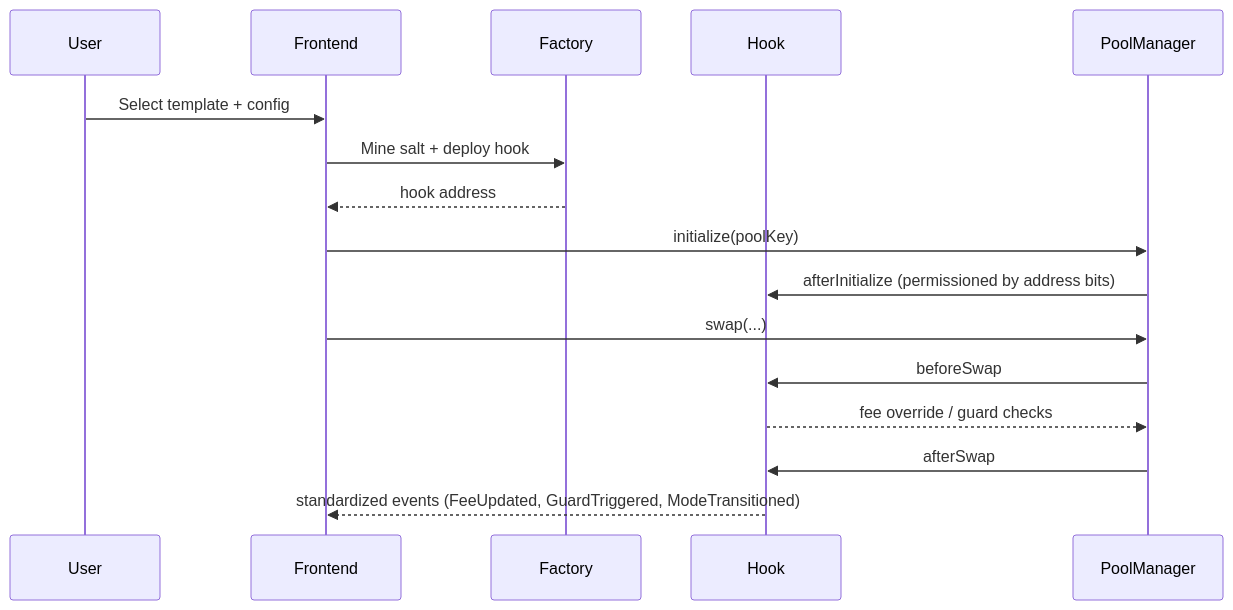
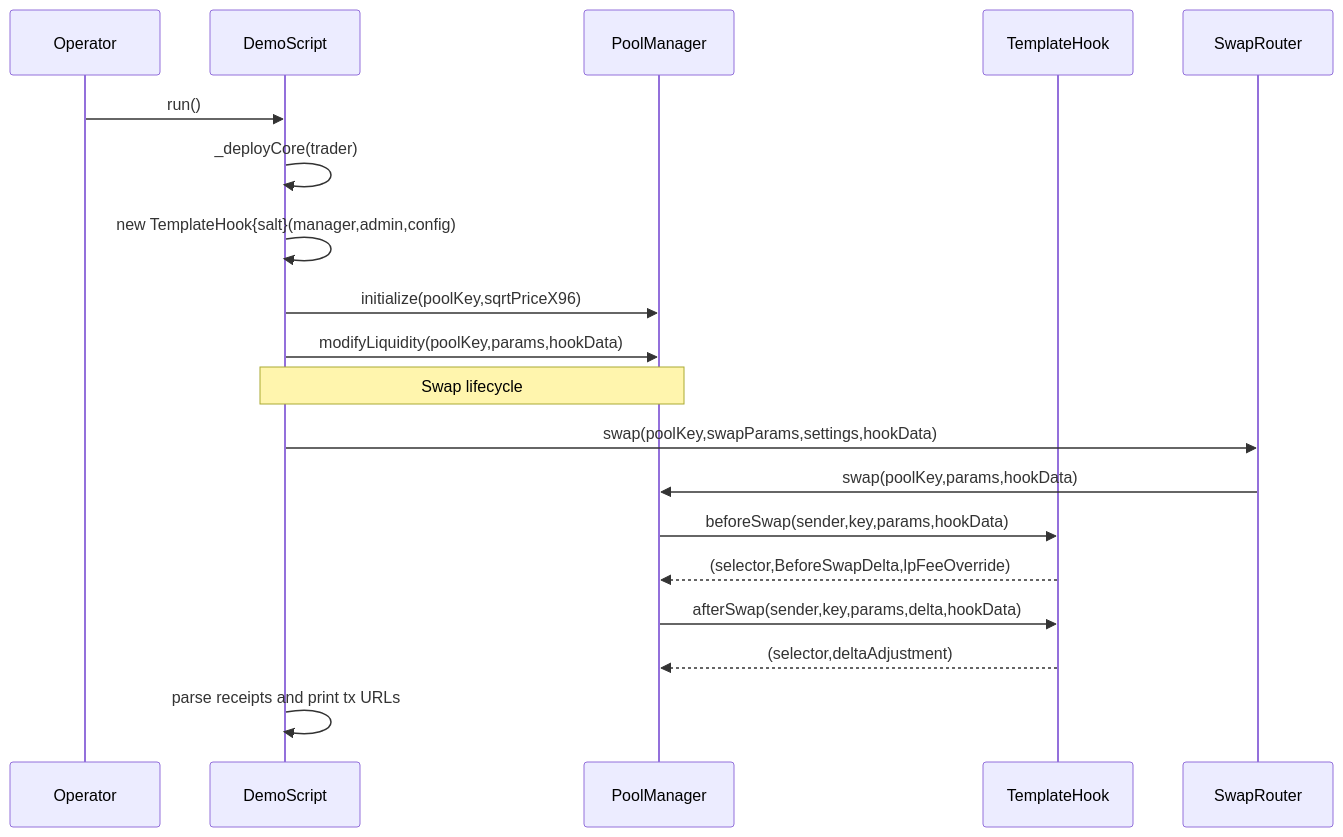
One commit to Najnomics/Hook-Template changed the third of 3 diagrams in README.md. Above: the diagram before and after it, drawn with Mermaid. The commit also changed other lines of this file and 57 other files, not shown here.

````diff
--- a/README.md
+++ b/README.md
@@ -38,19 +154,24 @@
 ```mermaid
 sequenceDiagram
-  participant User
-  participant FE as Frontend
-  participant Factory
-  participant Hook
+  participant Operator
+  participant Script as DemoScript
   participant PM as PoolManager
+  participant Hook as TemplateHook
+  participant Router as SwapRouter
 
-  User->>FE: Select template + config
-  FE->>Factory: Mine salt + deploy hook
-  Factory-->>FE: hook address
-  FE->>PM: initialize(poolKey)
-  PM->>Hook: afterInitialize (permissioned by address bits)
-  FE->>PM: swap(...)
-  PM->>Hook: beforeSwap
-  Hook-->>PM: fee override / guard checks
-  PM->>Hook: afterSwap
-  Hook-->>FE: standardized events (FeeUpdated, GuardTriggered, ModeTransitioned)
+  Operator->>Script: run()
+  Script->>Script: _deployCore(trader)
+  Script->>Script: new TemplateHook{salt}(manager,admin,config)
+  Script->>PM: initialize(poolKey,sqrtPriceX96)
+  Script->>PM: modifyLiquidity(poolKey,params,hookData)
+
+  Note over Script,PM: Swap lifecycle
+  Script->>Router: swap(poolKey,swapParams,settings,hookData)
+  Router->>PM: swap(poolKey,params,hookData)
+  PM->>Hook: beforeSwap(sender,key,params,hookData)
+  Hook-->>PM: (selector,BeforeSwapDelta,lpFeeOverride)
+  PM->>Hook: afterSwap(sender,key,params,delta,hookData)
+  Hook-->>PM: (selector,deltaAdjustment)
+
+  Script->>Script: parse receipts and print tx URLs
 ```
````
